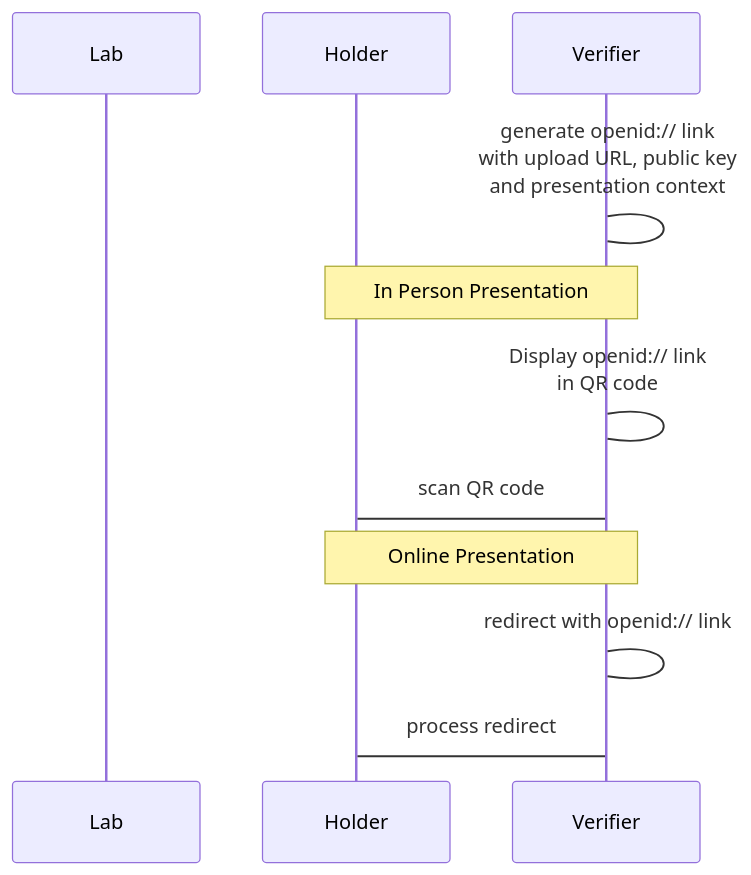
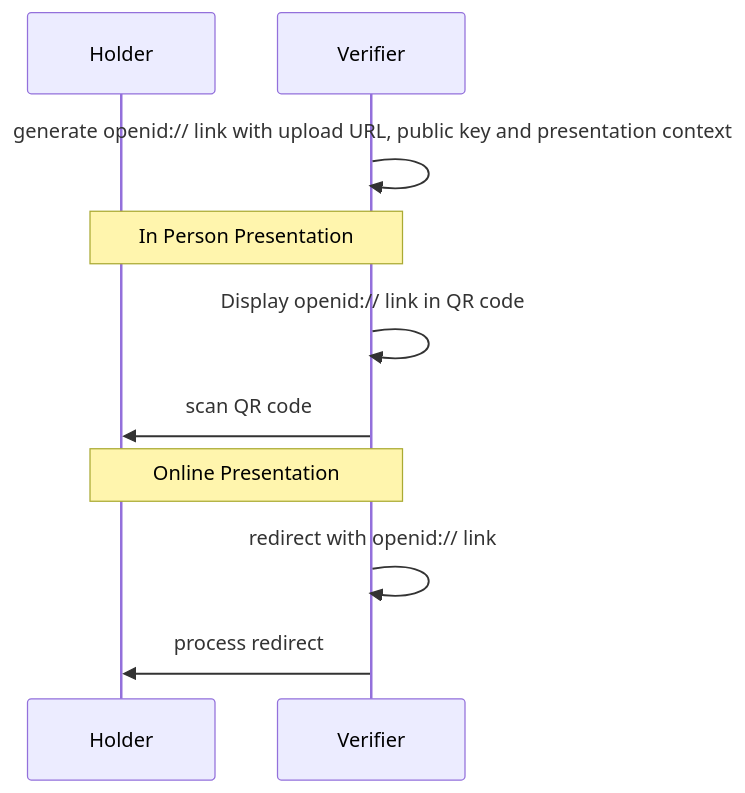
Before and after one commit to smart-on-fhir/health-cards: the third of 4 diagrams in docs/index.md, drawn with Mermaid. The commit also changed other lines of this file, not shown here.

````diff
--- a/docs/index.md
+++ b/docs/index.md
@@ -485,16 +474,15 @@
 ```mermaid
 sequenceDiagram
-participant Laboratory as Lab
 participant Holder
 participant Verifier
 
-Verifier -> Verifier: generate openid:// link <br> with upload URL, public key<br>and presentation context
+Verifier ->> Verifier: generate openid:// link with upload URL, public key and presentation context
 
 note over Holder, Verifier: In Person Presentation
-Verifier -> Verifier: Display openid:// link<br>in QR code
-Verifier -> Holder: scan QR code
+Verifier ->> Verifier: Display openid:// link in QR code
+Verifier ->> Holder: scan QR code
 
 note over Holder, Verifier: Online Presentation
-Verifier -> Verifier: redirect with openid:// link
-Verifier -> Holder: process redirect
+Verifier ->> Verifier: redirect with openid:// link
+Verifier ->> Holder: process redirect
 ```
````
